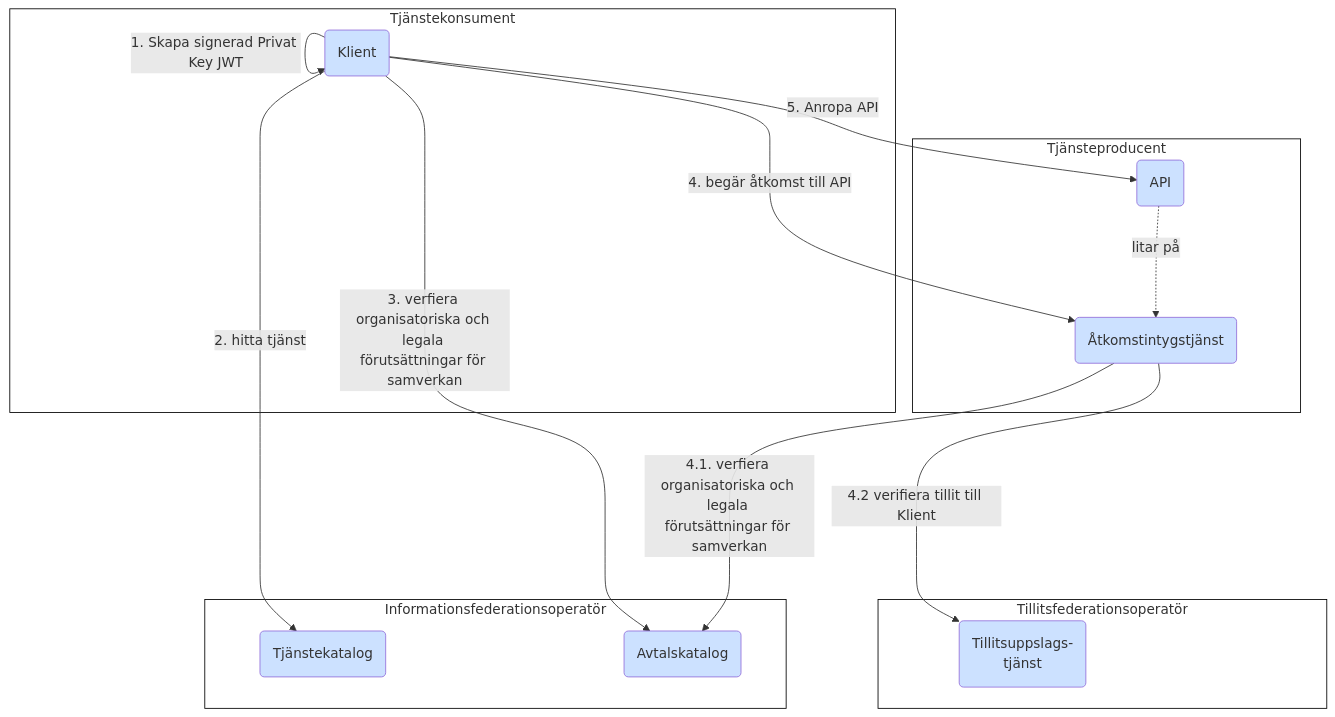
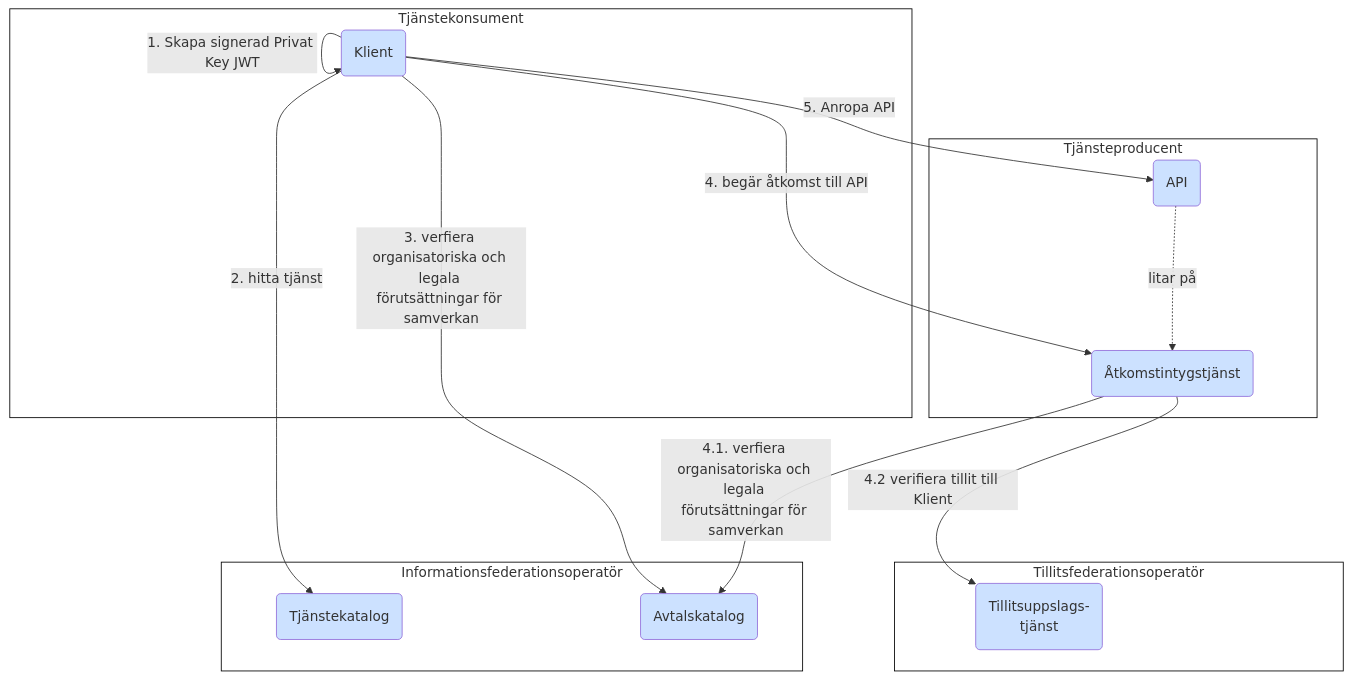
The second of 9 diagrams in architecture/drafts/IAM_TargetArchitecture_Sweden.md (diggsweden/ena-authorization), drawn with Mermaid before and after one commit.

````diff
--- a/architecture/drafts/IAM_TargetArchitecture_Sweden.md
+++ b/architecture/drafts/IAM_TargetArchitecture_Sweden.md
@@ -75,38 +75,38 @@
 ```mermaid
 graph 
 classDef org fill:#F8E5A0
 classDef comp fill:#CCE1FF
 classDef box fill:#ffffff,stroke:#000000
 
 subgraph po[Tjänsteproducent]
     p(API):::comp
     as(Åtkomstintygstjänst):::comp
 end
 po:::box
 
 subgraph ss[Tillitsfederationsoperatör]
     t(Tillitsuppslags-<br>tjänst):::comp
 end
 ss:::box
 
 subgraph so[Informationsfederationsoperatör]
     tk(Tjänstekatalog):::comp
     ak(Avtalskatalog):::comp
 end
 so:::box
 
 subgraph co[Tjänstekonsument]
     c(Klient):::comp
 end
 co:::box
-co & po~~~~~so & ss
+co & po~~~so & ss
 
 c--<p>1. Skapa signerad Privat Key JWT-->c
 c--<p>2. hitta tjänst-->tk
 c--<p>3. verfiera organisatoriska och legala <br>förutsättningar för samverkan-->ak
 c--<p>4. begär åtkomst till API-->as
 as--<p>4.1. verfiera organisatoriska och legala <br>förutsättningar för samverkan-->ak
 as--<p>4.2 verifiera tillit till Klient-->t
 c--<p>5. Anropa API-->p
 p-.litar på.->as
 ```
````
